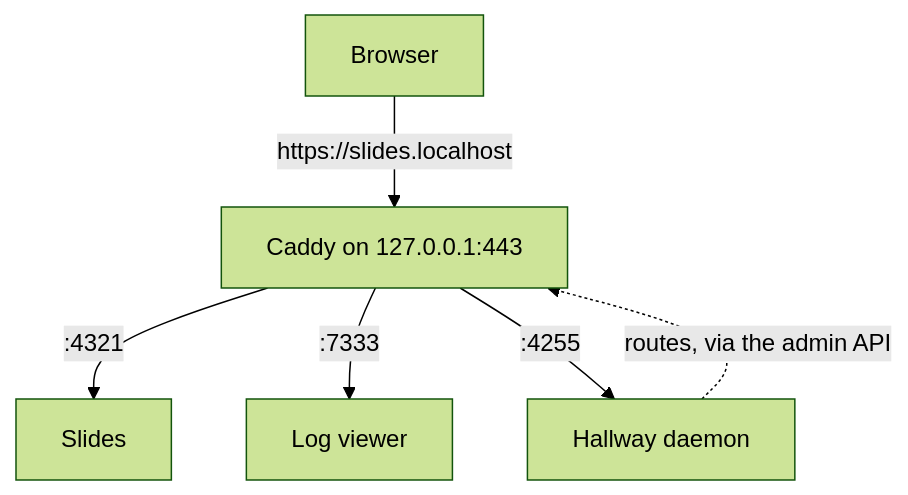
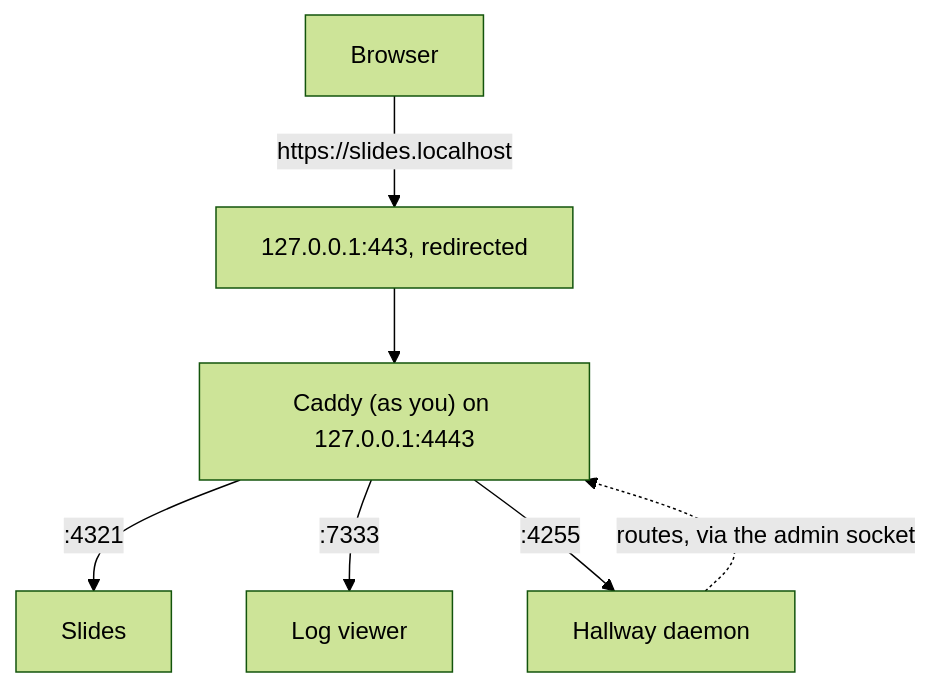
The diagram in website/src/content/docs/concepts/modes.md (edspencer/hallway), drawn with Mermaid (forest theme) before and after one commit. The commit also changed other lines of this file and 43 other files, not shown here.

````diff
--- a/website/src/content/docs/concepts/modes.md
+++ b/website/src/content/docs/concepts/modes.md
@@ -26,8 +27,9 @@
 ```mermaid
 flowchart TB
-  B["Browser"] -- "https://slides.localhost" --> C["Caddy on 127.0.0.1:443"]
+  B["Browser"] -- "https://slides.localhost" --> R["127.0.0.1:443, redirected"]
+  R --> C["Caddy (as you) on 127.0.0.1:4443"]
   C -- ":4321" --> S["Slides"]
   C -- ":7333" --> L["Log viewer"]
   C -- ":4255" --> H["Hallway daemon"]
-  H -. "routes, via the admin API" .-> C
+  H -. "routes, via the admin socket" .-> C
 ```
````
